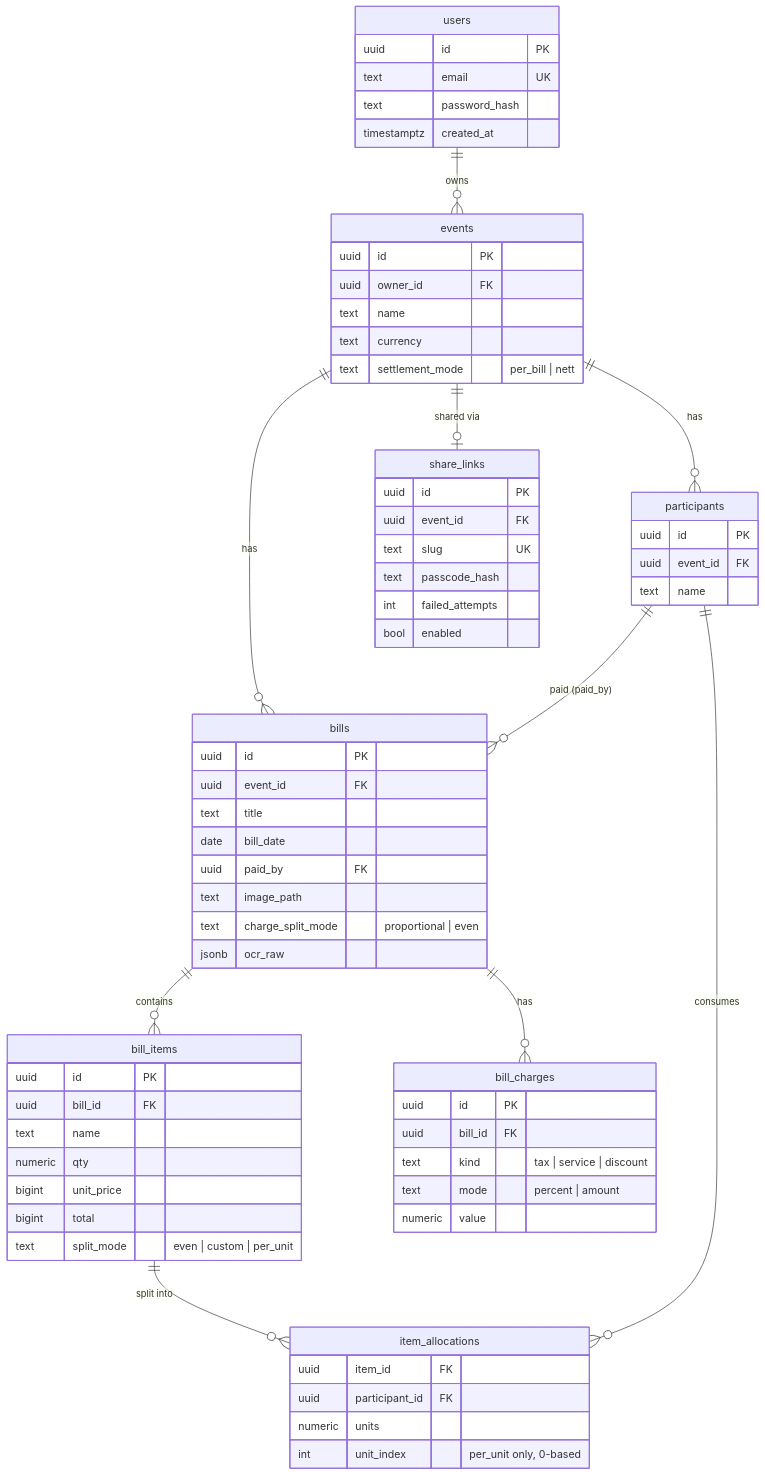
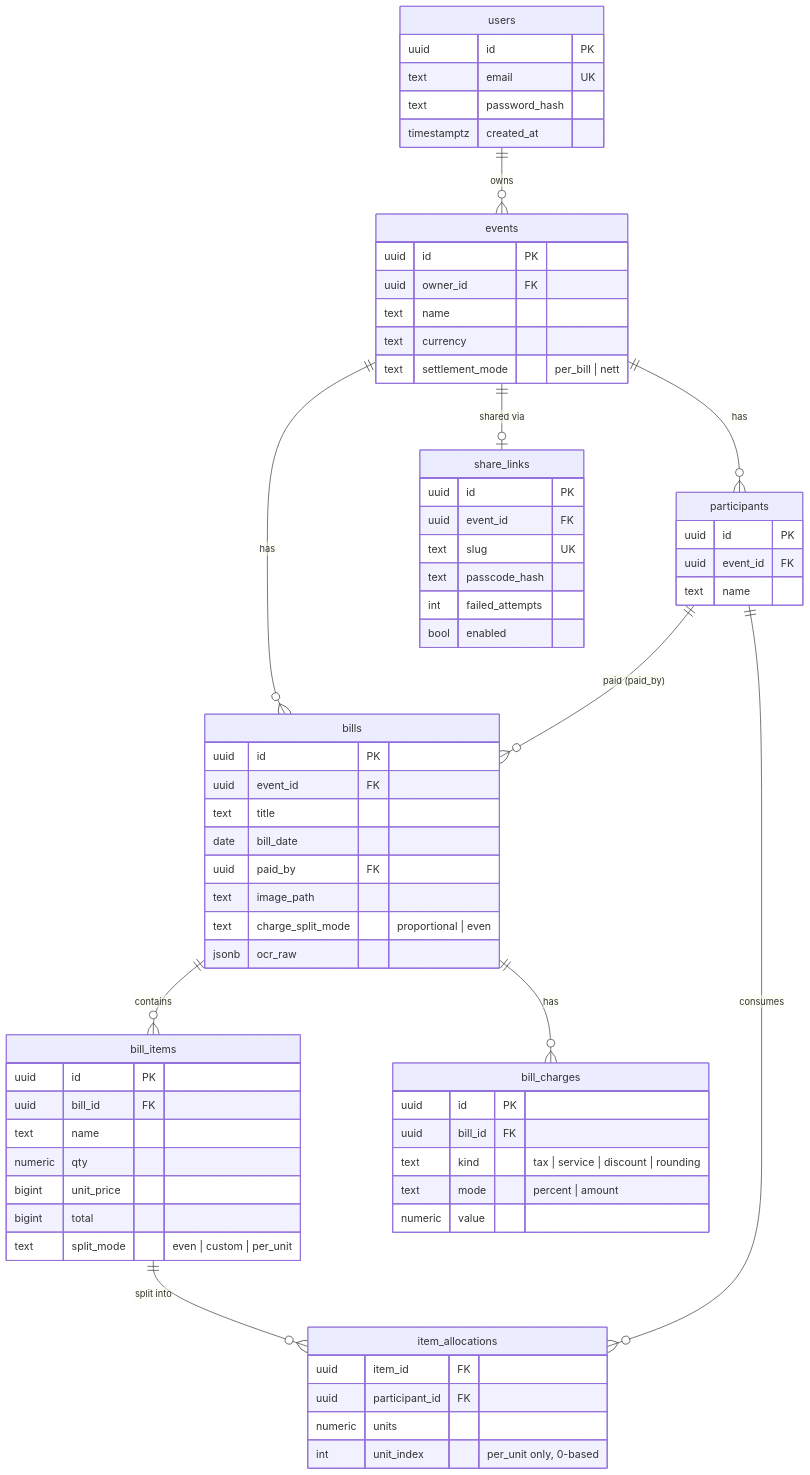
The second of 5 diagrams in docs/architecture.md (anthonyreynaldi/split-bill), drawn with Mermaid before and after one commit. The commit also changed 4 other files, not shown here.

````diff
--- a/docs/architecture.md
+++ b/docs/architecture.md
@@ -41,55 +41,55 @@
 ```mermaid
 erDiagram
   users ||--o{ events : owns
   events ||--o{ participants : has
   events ||--o{ bills : has
   events ||--o| share_links : "shared via"
   participants ||--o{ bills : "paid (paid_by)"
   bills ||--o{ bill_items : contains
   bills ||--o{ bill_charges : has
   bill_items ||--o{ item_allocations : "split into"
   participants ||--o{ item_allocations : consumes
 
   users { uuid id PK
     text email UK
     text password_hash
     timestamptz created_at }
   events { uuid id PK
     uuid owner_id FK
     text name
     text currency
     text settlement_mode "per_bill | nett" }
   participants { uuid id PK
     uuid event_id FK
     text name }
   bills { uuid id PK
     uuid event_id FK
     text title
     date bill_date
     uuid paid_by FK
     text image_path
     text charge_split_mode "proportional | even"
     jsonb ocr_raw }
   bill_items { uuid id PK
     uuid bill_id FK
     text name
     numeric qty
     bigint unit_price
     bigint total
     text split_mode "even | custom | per_unit" }
   item_allocations { uuid item_id FK
     uuid participant_id FK
     numeric units
     int unit_index "per_unit only, 0-based" }
   bill_charges { uuid id PK
     uuid bill_id FK
-    text kind "tax | service | discount"
+    text kind "tax | service | discount | rounding"
     text mode "percent | amount"
     numeric value }
   share_links { uuid id PK
     uuid event_id FK
     text slug UK
     text passcode_hash
     int failed_attempts
     bool enabled }
 ```
````
